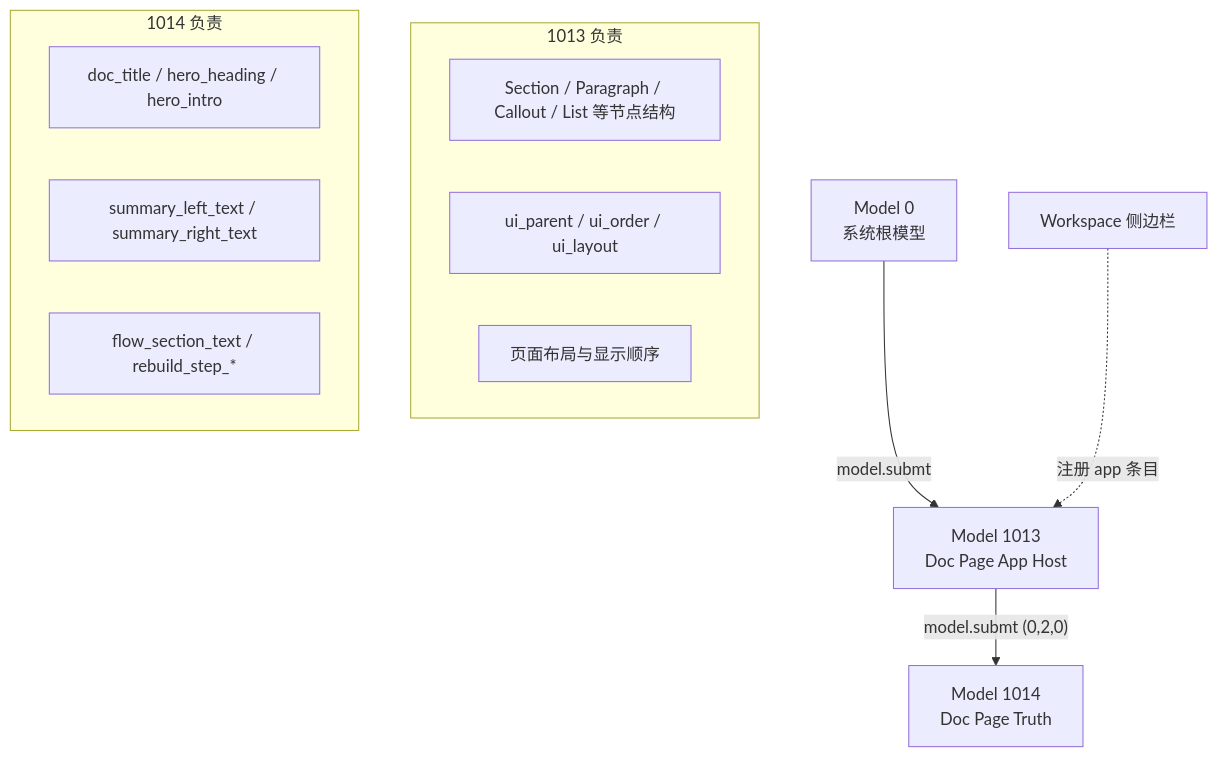
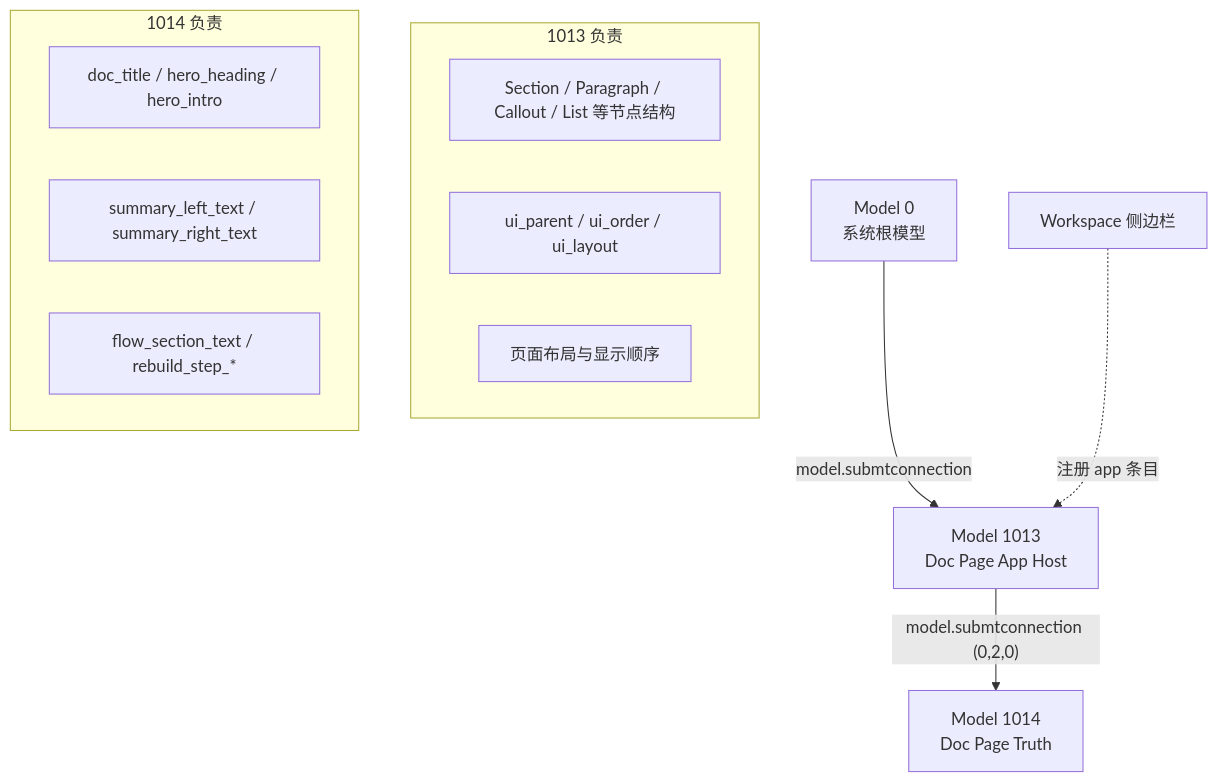
The second of 6 diagrams in docs/user-guide/workspace_ui_filltable_example_visualized.md (drooop/dongyu_js_core), drawn with Mermaid before and after one commit. The commit also changed 34 other files, not shown here.

````diff
--- a/docs/user-guide/workspace_ui_filltable_example_visualized.md
+++ b/docs/user-guide/workspace_ui_filltable_example_visualized.md
@@ -51,23 +51,23 @@
 ```mermaid
 graph TD
     M0["Model 0\n系统根模型"]
     M1013["Model 1013\nDoc Page App Host"]
     M1014["Model 1014\nDoc Page Truth"]
     WS["Workspace 侧边栏"]
 
-    M0 -->|"model.submt"| M1013
-    M1013 -->|"model.submt (0,2,0)"| M1014
+    M0 -->|"model.submtconnection"| M1013
+    M1013 -->|"model.submtconnection (0,2,0)"| M1014
     WS -. "注册 app 条目" .-> M1013
 
     subgraph host["1013 负责"]
       h1["Section / Paragraph / Callout / List 等节点结构"]
       h2["ui_parent / ui_order / ui_layout"]
       h3["页面布局与显示顺序"]
     end
 
     subgraph truth["1014 负责"]
       t1["doc_title / hero_heading / hero_intro"]
       t2["summary_left_text / summary_right_text"]
       t3["flow_section_text / rebuild_step_*"]
     end
 ```
````
